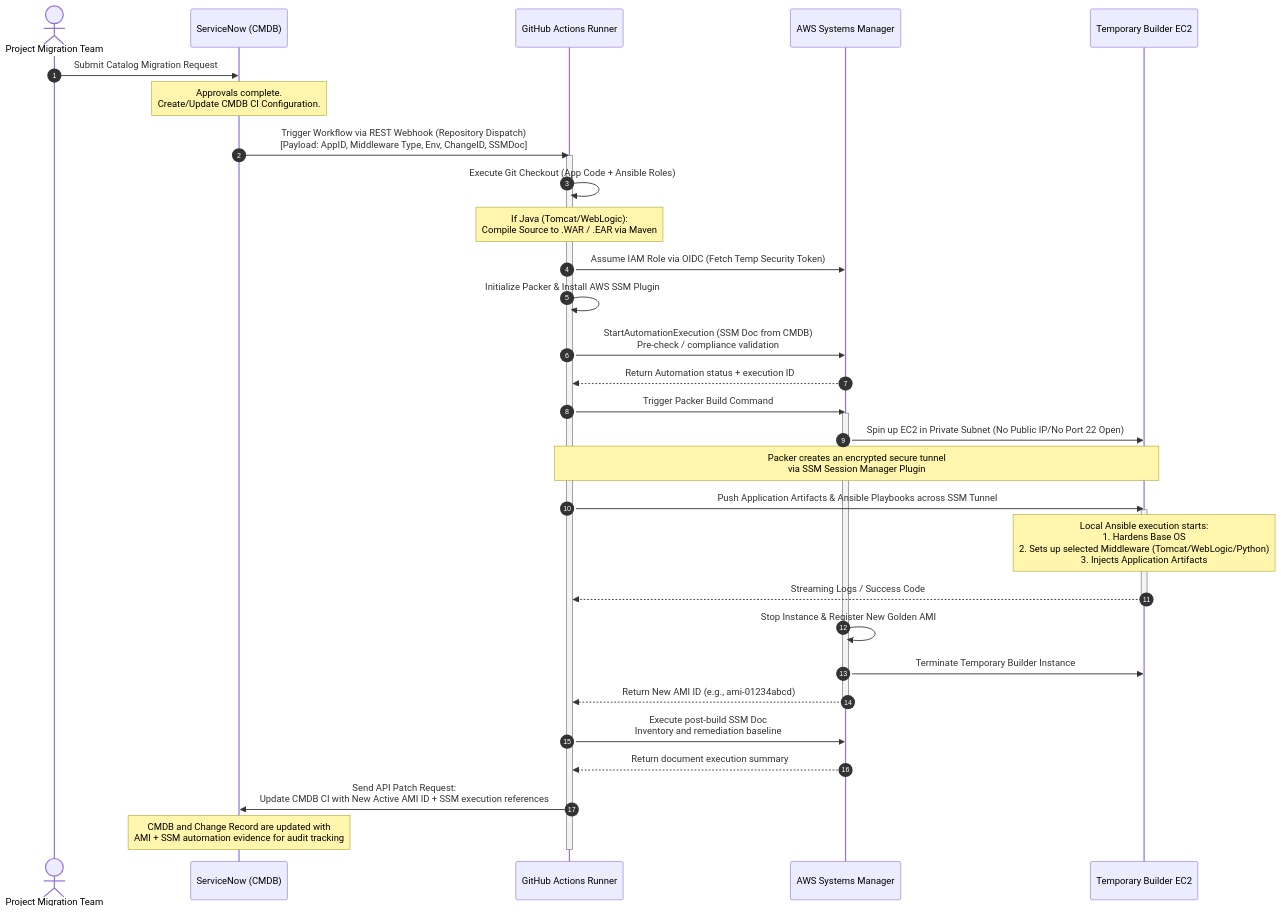
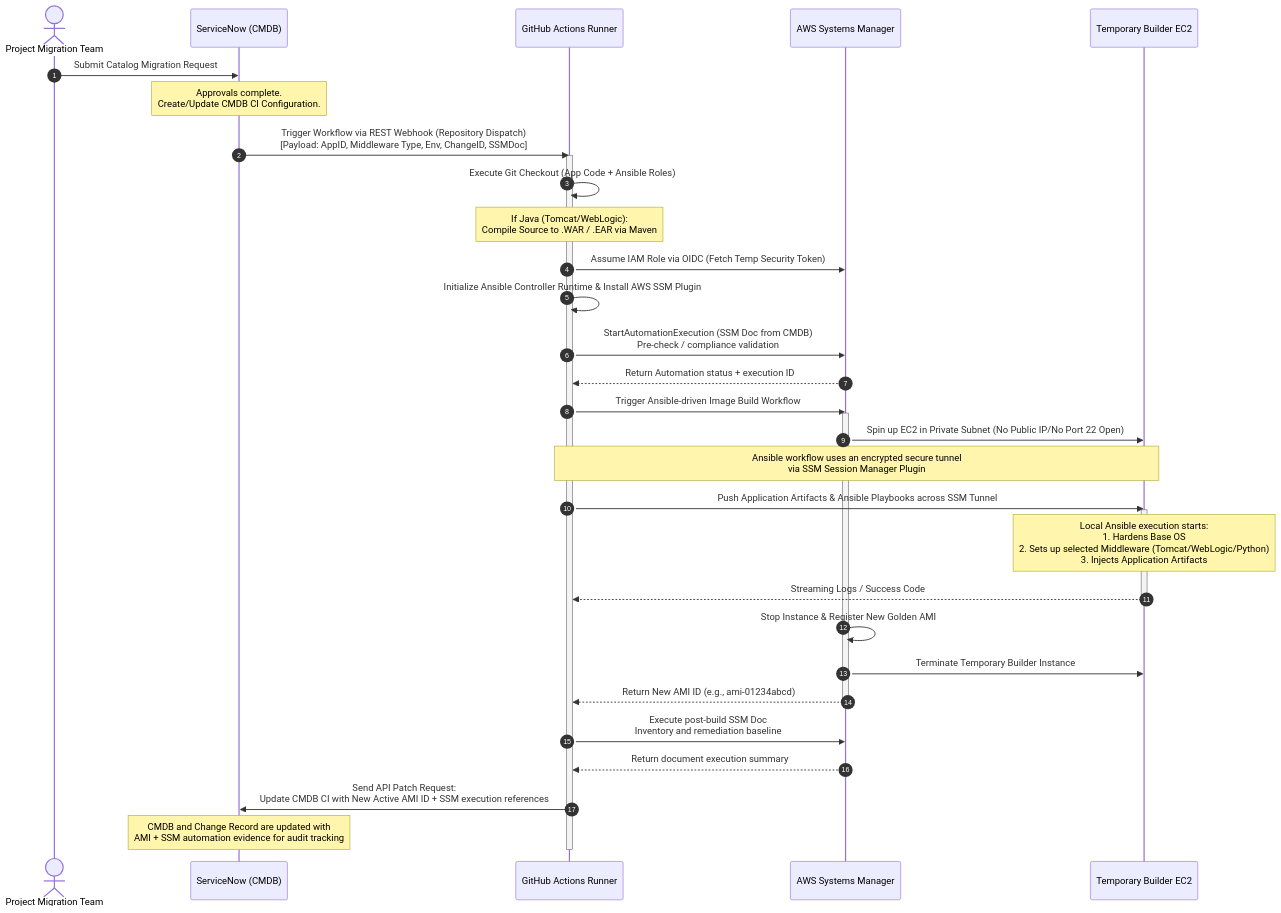
One commit to wingt903/CICD changed the diagram in architecture/sequence-diagram.mmd. Above: the diagram before and after it, drawn with Mermaid. The commit also changed 5 other files, not shown here.

Commit message:
Update architecture docs to Ansible-based image build

```diff
--- a/architecture/sequence-diagram.mmd
+++ b/architecture/sequence-diagram.mmd
@@ -1,46 +1,46 @@
 sequenceDiagram
     autonumber
     actor Team as Project Migration Team
     participant SN as ServiceNow (CMDB)
     participant GH as GitHub Actions Runner
     participant AWS_SSM as AWS Systems Manager
     participant EC2 as Temporary Builder EC2
 
     %% Phase 1: Intake & Governance
     Team->>SN: Submit Catalog Migration Request
     Note over SN: Approvals complete.<br>Create/Update CMDB CI Configuration.
     SN->>GH: Trigger Workflow via REST Webhook (Repository Dispatch)<br>[Payload: AppID, Middleware Type, Env, ChangeID, SSMDoc]
 
     %% Phase 2: Orchestration & Checkout
     activate GH
     GH->>GH: Execute Git Checkout (App Code + Ansible Roles)
     Note over GH: If Java (Tomcat/WebLogic):<br>Compile Source to .WAR / .EAR via Maven
     GH->>AWS_SSM: Assume IAM Role via OIDC (Fetch Temp Security Token)
-    GH->>GH: Initialize Packer & Install AWS SSM Plugin
+    GH->>GH: Initialize Ansible Controller Runtime & Install AWS SSM Plugin
     GH->>AWS_SSM: StartAutomationExecution (SSM Doc from CMDB)<br>Pre-check / compliance validation
     AWS_SSM-->>GH: Return Automation status + execution ID
 
     %% Phase 3: Cloud Execution via SSM
-    GH->>AWS_SSM: Trigger Packer Build Command
+    GH->>AWS_SSM: Trigger Ansible-driven Image Build Workflow
     activate AWS_SSM
     AWS_SSM->>EC2: Spin up EC2 in Private Subnet (No Public IP/No Port 22 Open)
-    Note over GH, EC2: Packer creates an encrypted secure tunnel<br>via SSM Session Manager Plugin
+    Note over GH, EC2: Ansible workflow uses an encrypted secure tunnel<br>via SSM Session Manager Plugin
     GH->>EC2: Push Application Artifacts & Ansible Playbooks across SSM Tunnel
 
     %% Phase 4: Inner-Loop Configuration Management
     activate EC2
     Note over EC2: Local Ansible execution starts:<br>1. Hardens Base OS<br>2. Sets up selected Middleware (Tomcat/WebLogic/Python)<br>3. Injects Application Artifacts
     EC2-->>GH: Streaming Logs / Success Code
     deactivate EC2
 
     %% Phase 5: Image Serialization & CMDB Loopback
     AWS_SSM->>AWS_SSM: Stop Instance & Register New Golden AMI
     AWS_SSM->>EC2: Terminate Temporary Builder Instance
     AWS_SSM-->>GH: Return New AMI ID (e.g., ami-01234abcd)
     deactivate AWS_SSM
 
     GH->>AWS_SSM: Execute post-build SSM Doc<br>Inventory and remediation baseline
     AWS_SSM-->>GH: Return document execution summary
     GH->>SN: Send API Patch Request:<br>Update CMDB CI with New Active AMI ID + SSM execution references
     Note over SN: CMDB and Change Record are updated with<br>AMI + SSM automation evidence for audit tracking
     deactivate GH
```
